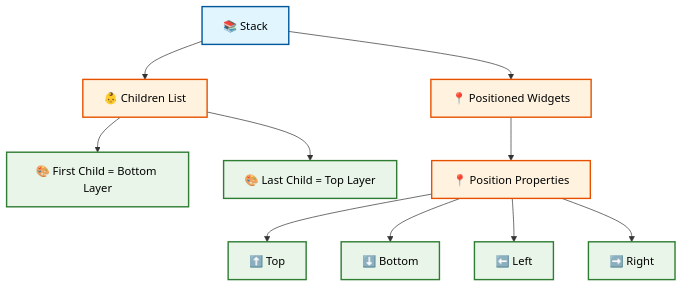
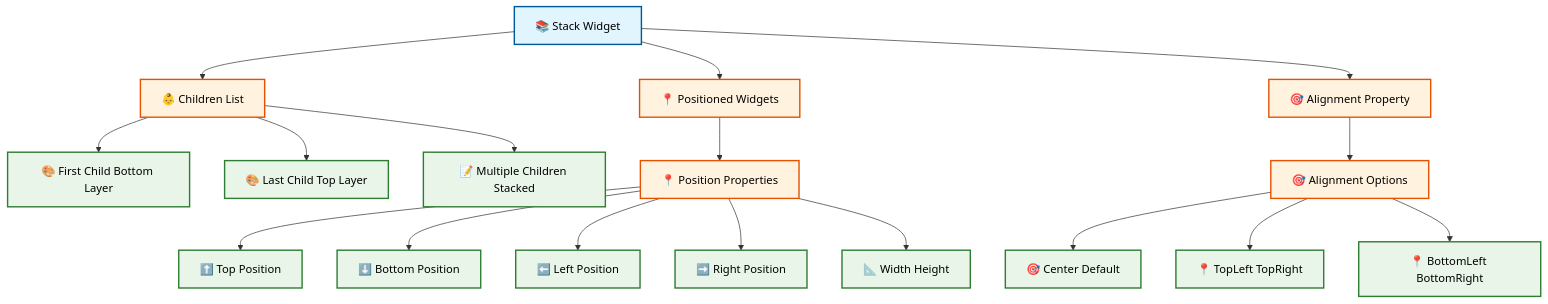
The eighth of 11 diagrams in pertemuan3.md (antonprafanto/flutter), drawn with Mermaid before and after one commit. The commit also changed other lines of this file, not shown here.

````diff
--- a/pertemuan3.md
+++ b/pertemuan3.md
@@ -601,25 +871,40 @@
 ```mermaid
 flowchart TD
-    A[📚 Stack] --> B[👶 Children List]
+    A[📚 Stack Widget] --> B[👶 Children List]
     A --> C[📍 Positioned Widgets]
+    A --> D[🎯 Alignment Property]
     
-    B --> D[🎨 First Child = Bottom Layer]
-    B --> E[🎨 Last Child = Top Layer]
+    B --> E[🎨 First Child Bottom Layer]
+    B --> F[🎨 Last Child Top Layer]
+    B --> G[📝 Multiple Children Stacked]
     
-    C --> F[📍 Position Properties]
-    F --> G[⬆️ Top]
-    F --> H[⬇️ Bottom]
-    F --> I[⬅️ Left]
-    F --> J[➡️ Right]
+    C --> H[📍 Position Properties]
+    H --> I[⬆️ Top Position]
+    H --> J[⬇️ Bottom Position]
+    H --> K[⬅️ Left Position]
+    H --> L[➡️ Right Position]
+    H --> M[📐 Width Height]
+    
+    D --> N[🎯 Alignment Options]
+    N --> O[🎯 Center Default]
+    N --> P[📍 TopLeft TopRight]
+    N --> Q[📍 BottomLeft BottomRight]
     
     style A fill:#e1f5fe,stroke:#01579b,stroke-width:2px,color:#000
     style B fill:#fff3e0,stroke:#e65100,stroke-width:2px,color:#000
     style C fill:#fff3e0,stroke:#e65100,stroke-width:2px,color:#000
-    style D fill:#e8f5e8,stroke:#2e7d32,stroke-width:2px,color:#000
+    style D fill:#fff3e0,stroke:#e65100,stroke-width:2px,color:#000
     style E fill:#e8f5e8,stroke:#2e7d32,stroke-width:2px,color:#000
-    style F fill:#fff3e0,stroke:#e65100,stroke-width:2px,color:#000
+    style F fill:#e8f5e8,stroke:#2e7d32,stroke-width:2px,color:#000
     style G fill:#e8f5e8,stroke:#2e7d32,stroke-width:2px,color:#000
-    style H fill:#e8f5e8,stroke:#2e7d32,stroke-width:2px,color:#000
+    style H fill:#fff3e0,stroke:#e65100,stroke-width:2px,color:#000
     style I fill:#e8f5e8,stroke:#2e7d32,stroke-width:2px,color:#000
     style J fill:#e8f5e8,stroke:#2e7d32,stroke-width:2px,color:#000
+    style K fill:#e8f5e8,stroke:#2e7d32,stroke-width:2px,color:#000
+    style L fill:#e8f5e8,stroke:#2e7d32,stroke-width:2px,color:#000
+    style M fill:#e8f5e8,stroke:#2e7d32,stroke-width:2px,color:#000
+    style N fill:#fff3e0,stroke:#e65100,stroke-width:2px,color:#000
+    style O fill:#e8f5e8,stroke:#2e7d32,stroke-width:2px,color:#000
+    style P fill:#e8f5e8,stroke:#2e7d32,stroke-width:2px,color:#000
+    style Q fill:#e8f5e8,stroke:#2e7d32,stroke-width:2px,color:#000
 ```
````
